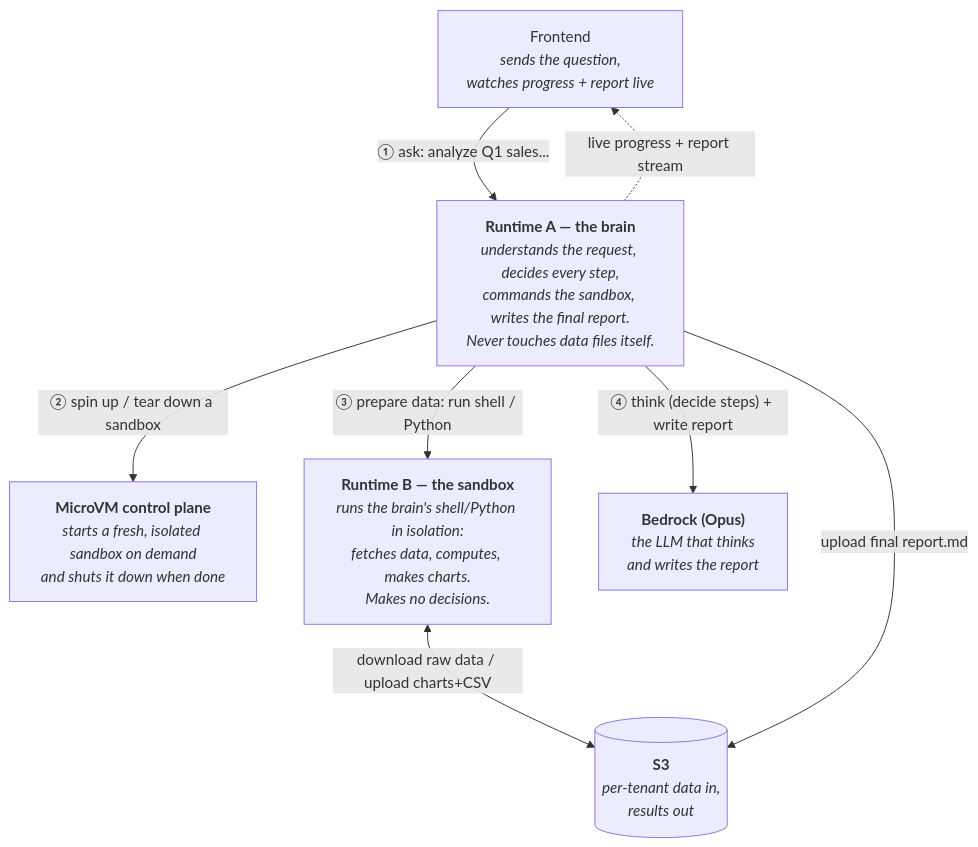
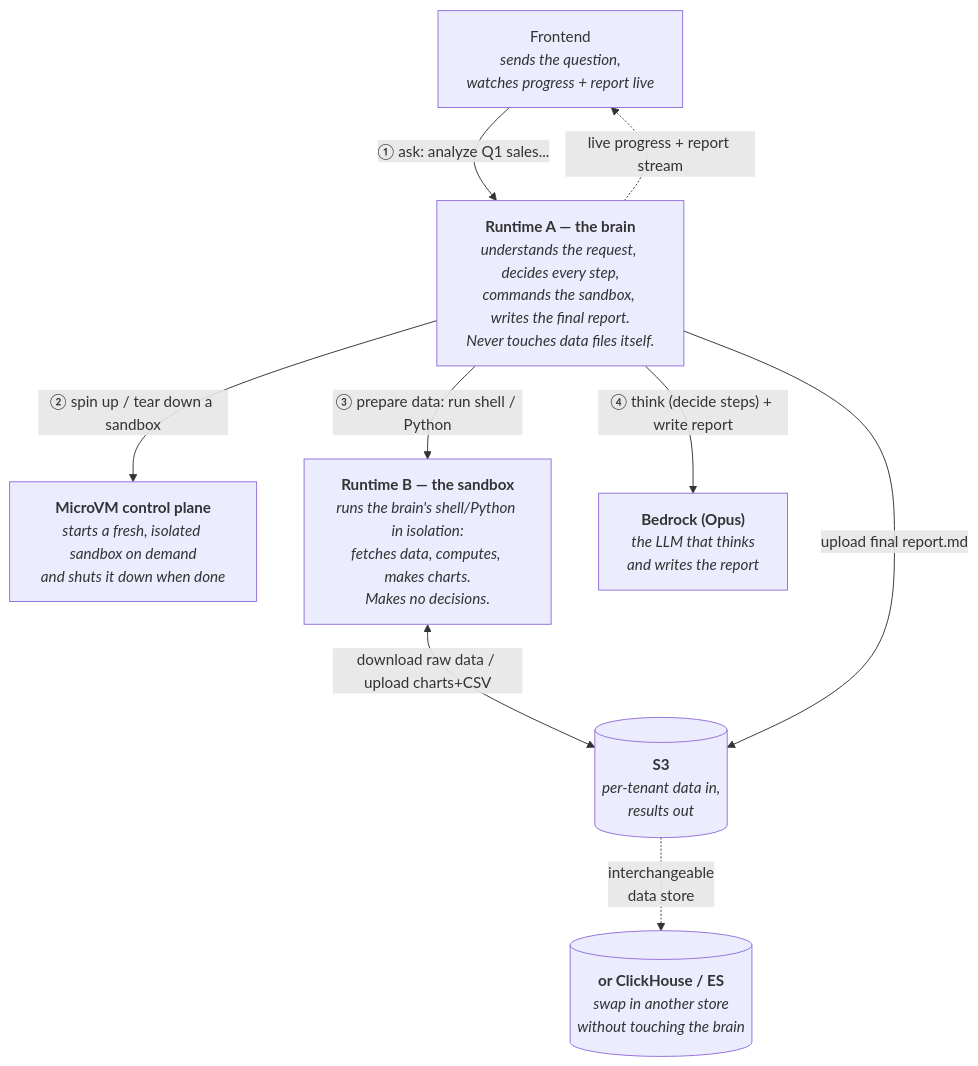
The diagram in README.md (jansony1/agentcore-runtime-data-persistence-demo), drawn with Mermaid before and after one commit. The commit also changed 1 other file, not shown here.

Commit message:
Architecture diagrams: show storage is swappable (S3 or ClickHouse/ES)
Add an alternative data-store node beside S3, linked by a dashed
"interchangeable" edge, to show the store can be swapped without touching the
brain. Diagram-only change.

````diff
--- a/README.md
+++ b/README.md
@@ -16,22 +16,24 @@
 ```mermaid
 flowchart TB
     FE["Frontend<br/><i>sends the question,<br/>watches progress + report live</i>"]
 
     RA["<b>Runtime A — the brain</b><br/><i>understands the request, decides every step,<br/>commands the sandbox, writes the final report.<br/>Never touches data files itself.</i>"]
 
     CP["<b>MicroVM control plane</b><br/><i>starts a fresh, isolated sandbox on demand<br/>and shuts it down when done</i>"]
 
     RB["<b>Runtime B — the sandbox</b><br/><i>runs the brain's shell/Python in isolation:<br/>fetches data, computes, makes charts.<br/>Makes no decisions.</i>"]
 
     BR["<b>Bedrock (Opus)</b><br/><i>the LLM that thinks<br/>and writes the report</i>"]
 
     S3[("<b>S3</b><br/><i>per-tenant data in,<br/>results out</i>")]
+    ALT[("<b>or ClickHouse / ES</b><br/><i>swap in another store<br/>without touching the brain</i>")]
 
     FE -->|"① ask: analyze Q1 sales..."| RA
     RA -->|"② spin up / tear down a sandbox"| CP
     RA -->|"③ prepare data: run shell / Python"| RB
     RA -->|"④ think (decide steps) + write report"| BR
     RB <-->|"download raw data / upload charts+CSV"| S3
     RA -->|"upload final report.md"| S3
     RA -.->|"live progress + report stream"| FE
+    S3 -.->|"interchangeable<br/>data store"| ALT
 ```
````
